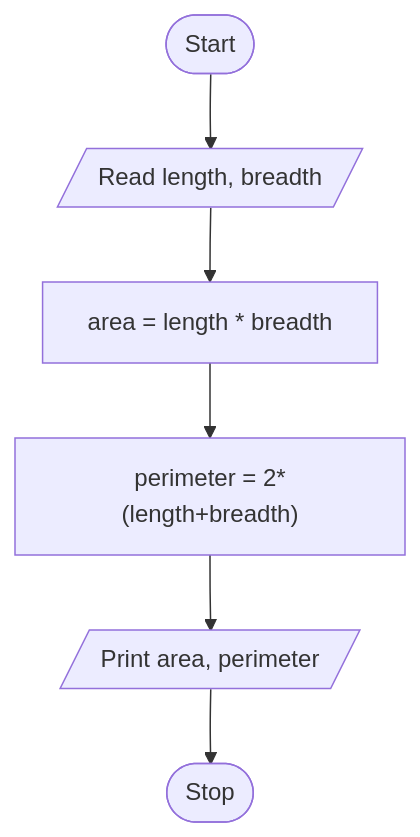
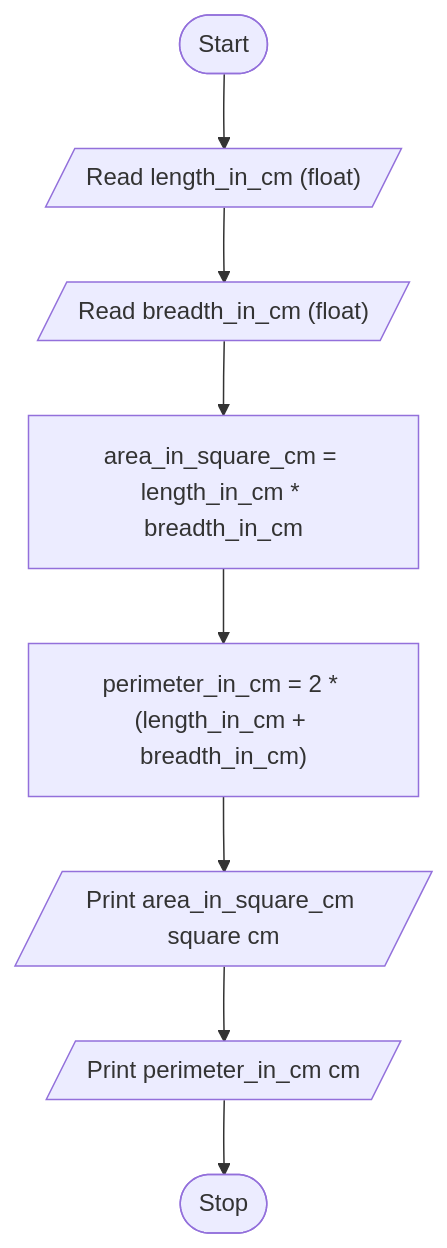
The diagram in .faculty/observations/u1t3rec.md (asvnphanindra/2026-27_PythonProgrammingCourse), drawn with Mermaid before and after one commit. The commit also changed 20 other files, not shown here.

Commit message:
Expand Full-observation flowcharts with step-by-step Mermaid detail.

````diff
--- a/.faculty/observations/u1t3rec.md
+++ b/.faculty/observations/u1t3rec.md
@@ -44,14 +44,12 @@
 ```mermaid
 flowchart TD
-    N0(["Start"])
-    N1[/"Read length, breadth"/]
-    N2["area = length * breadth"]
-    N3["perimeter = 2*(length+breadth)"]
-    N4[/"Print area, perimeter"/]
-    N5(["Stop"])
-    N0 --> N1
-    N1 --> N2
-    N2 --> N3
-    N3 --> N4
-    N4 --> N5
+Start(["Start"])
+R1[/"Read length_in_cm (float)"/]
+R2[/"Read breadth_in_cm (float)"/]
+P1["area_in_square_cm = length_in_cm * breadth_in_cm"]
+P2["perimeter_in_cm = 2 * (length_in_cm + breadth_in_cm)"]
+O1[/"Print area_in_square_cm square cm"/]
+O2[/"Print perimeter_in_cm cm"/]
+Stop(["Stop"])
+Start --> R1 --> R2 --> P1 --> P2 --> O1 --> O2 --> Stop
 ```
````
